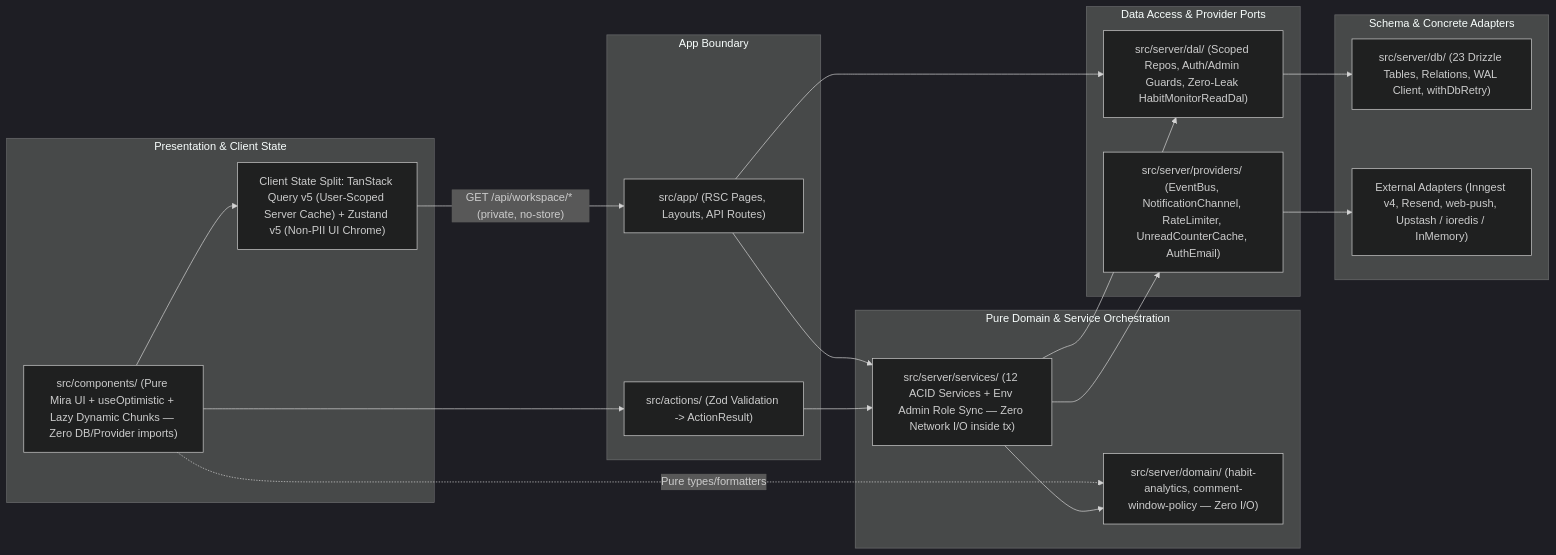
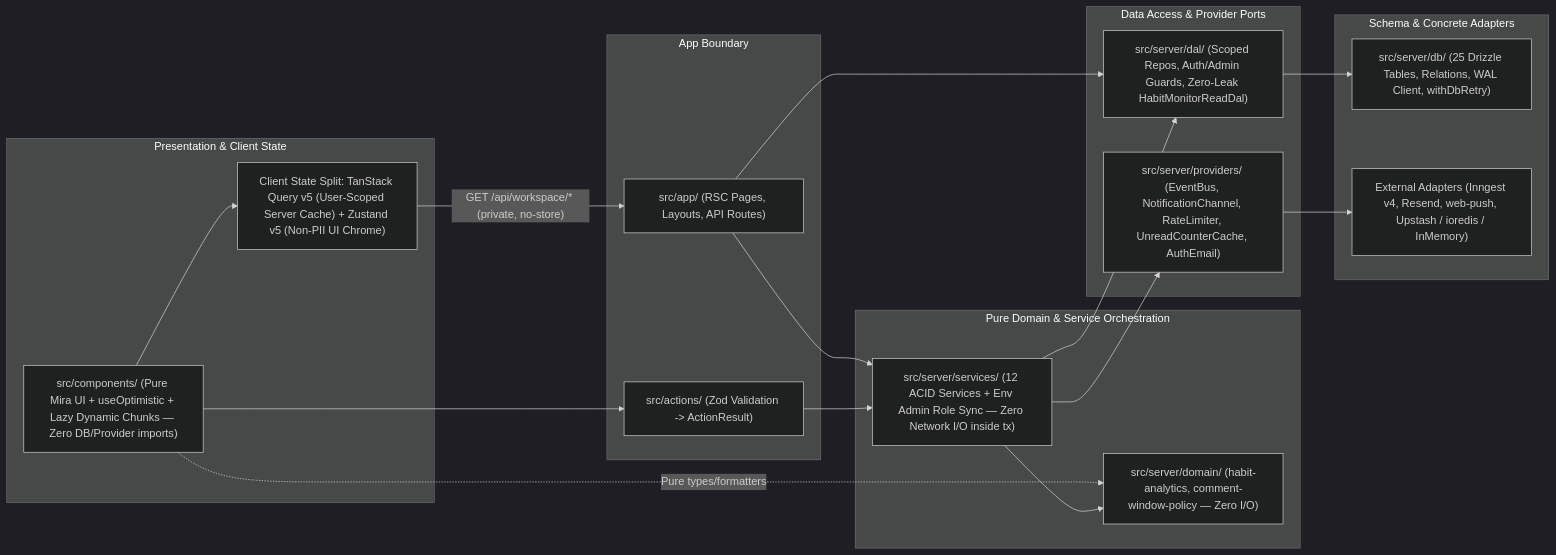
Before and after one commit to Marvin-MM/folio_tracker: the second of 11 diagrams in docs/ARCHITECTURE.md, drawn with Mermaid (dark theme). The commit also changed other lines of this file and 28 other files, not shown here.

````diff
--- a/docs/ARCHITECTURE.md
+++ b/docs/ARCHITECTURE.md
@@ -75,40 +75,40 @@
 ```mermaid
 flowchart LR
   subgraph Presentation["Presentation & Client State"]
     COMP["src/components/ (Pure Mira UI + useOptimistic + Lazy Dynamic Chunks — Zero DB/Provider imports)"]
     STATE["Client State Split: TanStack Query v5 (User-Scoped Server Cache) + Zustand v5 (Non-PII UI Chrome)"]
   end
 
   subgraph Boundary["App Boundary"]
     APP["src/app/ (RSC Pages, Layouts, API Routes)"]
     ACTS["src/actions/ (Zod Validation -> ActionResult)"]
   end
 
   subgraph Domain["Pure Domain & Service Orchestration"]
     PURE["src/server/domain/ (habit-analytics, comment-window-policy — Zero I/O)"]
     SVCS["src/server/services/ (12 ACID Services + Env Admin Role Sync — Zero Network I/O inside tx)"]
   end
 
   subgraph DataAndPorts["Data Access & Provider Ports"]
     DALS["src/server/dal/ (Scoped Repos, Auth/Admin Guards, Zero-Leak HabitMonitorReadDal)"]
     PORTS["src/server/providers/ (EventBus, NotificationChannel, RateLimiter, UnreadCounterCache, AuthEmail)"]
   end
 
   subgraph Foundations["Schema & Concrete Adapters"]
-    SCHEMA["src/server/db/ (23 Drizzle Tables, Relations, WAL Client, withDbRetry)"]
+    SCHEMA["src/server/db/ (25 Drizzle Tables, Relations, WAL Client, withDbRetry)"]
     ADAPT["External Adapters (Inngest v4, Resend, web-push, Upstash / ioredis / InMemory)"]
   end
 
   COMP --> STATE
   STATE -->|"GET /api/workspace/* (private, no-store)"| APP
   COMP --> ACTS
   COMP -.->|"Pure types/formatters"| PURE
   APP --> DALS
   APP --> SVCS
   ACTS --> SVCS
   SVCS --> PURE
   SVCS --> DALS
   SVCS --> PORTS
   DALS --> SCHEMA
   PORTS --> ADAPT
 ```
````
